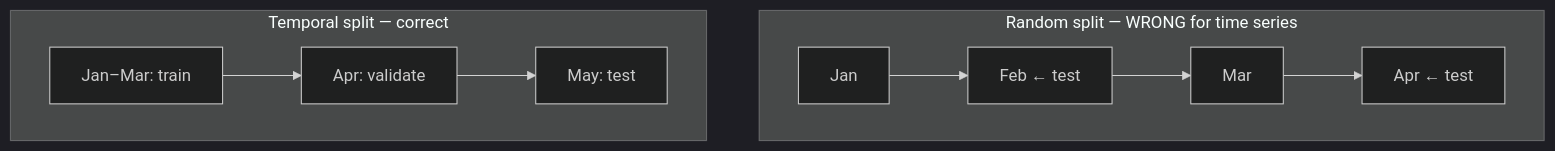
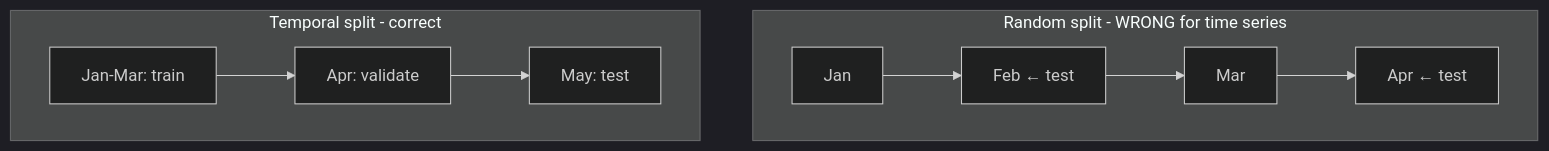
One commit to danielsousaoliveira/cs-fundamentals changed the diagram in src/content/docs/10-ai-engineering/ml-data-preparation.mdx. Above: the diagram before and after it, drawn with Mermaid (dark theme). The commit also changed other lines of this file and 139 other files, not shown here.

````diff
--- a/src/content/docs/10-ai-engineering/ml-data-preparation.mdx
+++ b/src/content/docs/10-ai-engineering/ml-data-preparation.mdx
@@ -98,11 +98,11 @@
 ```mermaid
 flowchart TB
-  subgraph W["Random split — WRONG for time series"]
+  subgraph W["Random split - WRONG for time series"]
     direction LR
     W1["Jan"] --> W2["Feb ← test"] --> W3["Mar"] --> W4["Apr ← test"]
   end
-  subgraph R["Temporal split — correct"]
+  subgraph R["Temporal split - correct"]
     direction LR
-    R1["Jan–Mar: train"] --> R2["Apr: validate"] --> R3["May: test"]
+    R1["Jan-Mar: train"] --> R2["Apr: validate"] --> R3["May: test"]
   end
 ```
````
